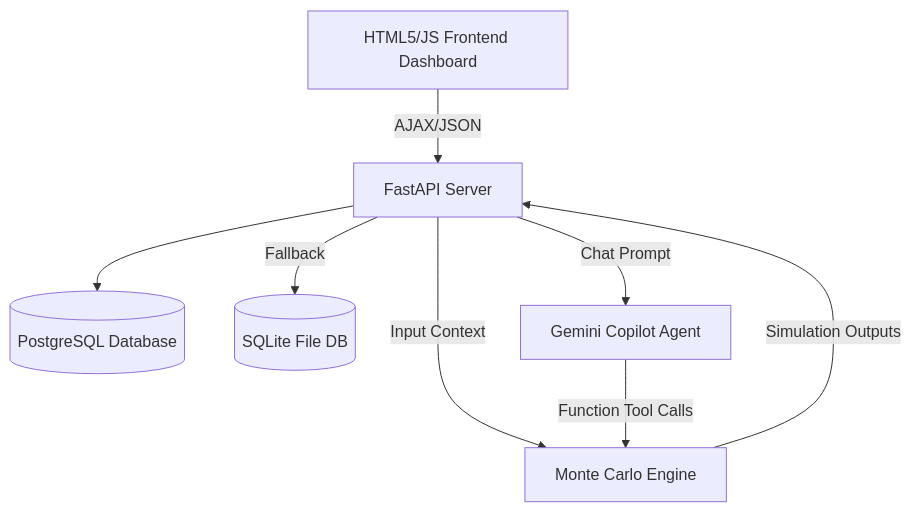
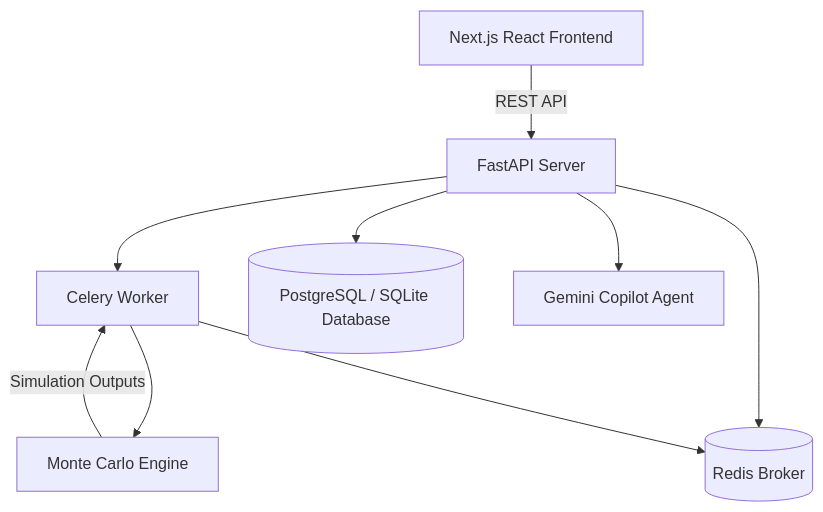
One commit to ksyashas1311/montecarlosim changed the diagram in README.md. Above: the diagram before and after it, drawn with Mermaid. The commit also changed other lines of this file and 37 other files, not shown here.

Commit message:
refactor: modularize backend by replacing monolithic CRUD with a repository-pattern architecture and organized API routes

````diff
--- a/README.md
+++ b/README.md
@@ -47,10 +47,11 @@
 ```mermaid
 graph TD
-    UI[HTML5/JS Frontend Dashboard] -->|AJAX/JSON| API[FastAPI Server]
-    API --> DB[(PostgreSQL Database)]
-    API -->|Fallback| SQLite[(SQLite File DB)]
-    API -->|Input Context| Engine[Monte Carlo Engine]
-    API -->|Chat Prompt| Copilot[Gemini Copilot Agent]
-    Engine -->|Simulation Outputs| API
-    Copilot -->|Function Tool Calls| Engine
+    UI[Next.js React Frontend] -->|REST API| API[FastAPI Server]
+    API --> Celery[Celery Worker]
+    API --> Redis[(Redis Broker)]
+    API --> DB[(PostgreSQL / SQLite Database)]
+    Celery --> Engine[Monte Carlo Engine]
+    API --> Copilot[Gemini Copilot Agent]
+    Engine -->|Simulation Outputs| Celery
+    Celery --> Redis
 ```
````
